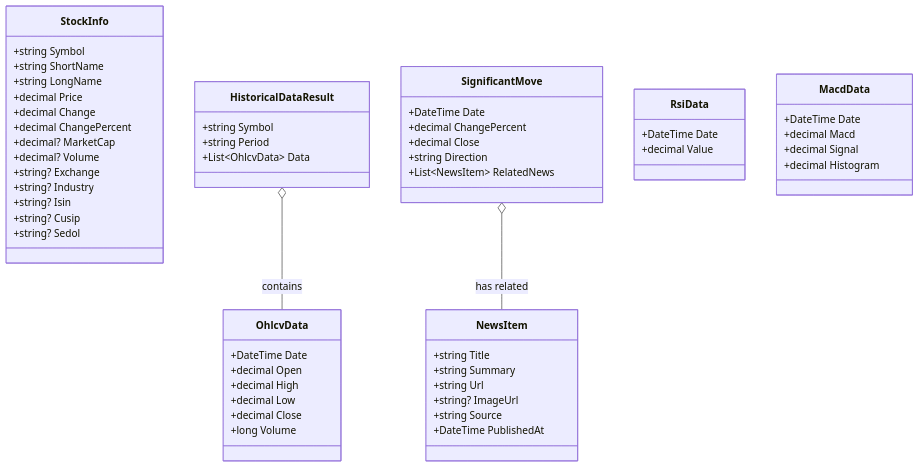
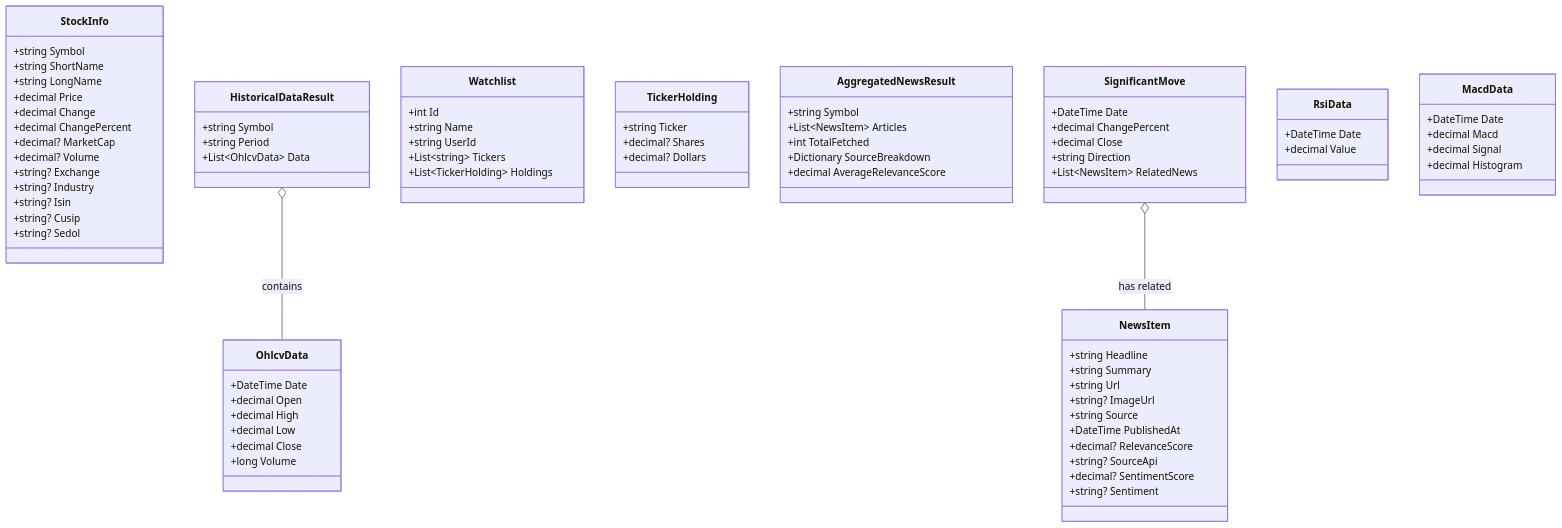
Before and after one commit to psford/claudeProjects: the diagram in stock_analyzer_dotnet/src/StockAnalyzer.Api/wwwroot/docs/diagrams/domain-models.mmd, drawn with Mermaid. The commit also changed 5 other files, not shown here.

First line of the commit message:
Update Mermaid diagrams to reflect current architecture

```diff
--- a/stock_analyzer_dotnet/src/StockAnalyzer.Api/wwwroot/docs/diagrams/domain-models.mmd
+++ b/stock_analyzer_dotnet/src/StockAnalyzer.Api/wwwroot/docs/diagrams/domain-models.mmd
@@ -1,64 +1,90 @@
 %% MANUAL - Update when models change
 classDiagram
     class StockInfo {
         +string Symbol
         +string ShortName
         +string LongName
         +decimal Price
         +decimal Change
         +decimal ChangePercent
         +decimal? MarketCap
         +decimal? Volume
         +string? Exchange
         +string? Industry
         +string? Isin
         +string? Cusip
         +string? Sedol
     }
 
     class OhlcvData {
         +DateTime Date
         +decimal Open
         +decimal High
         +decimal Low
         +decimal Close
         +long Volume
     }
 
     class HistoricalDataResult {
         +string Symbol
         +string Period
         +List~OhlcvData~ Data
     }
 
     class NewsItem {
-        +string Title
+        +string Headline
         +string Summary
         +string Url
         +string? ImageUrl
         +string Source
         +DateTime PublishedAt
+        +decimal? RelevanceScore
+        +string? SourceApi
+        +decimal? SentimentScore
+        +string? Sentiment
+    }
+
+    class Watchlist {
+        +int Id
+        +string Name
+        +string UserId
+        +List~string~ Tickers
+        +List~TickerHolding~ Holdings
+    }
+
+    class TickerHolding {
+        +string Ticker
+        +decimal? Shares
+        +decimal? Dollars
+    }
+
+    class AggregatedNewsResult {
+        +string Symbol
+        +List~NewsItem~ Articles
+        +int TotalFetched
+        +Dictionary SourceBreakdown
+        +decimal AverageRelevanceScore
     }
 
     class SignificantMove {
         +DateTime Date
         +decimal ChangePercent
         +decimal Close
         +string Direction
         +List~NewsItem~ RelatedNews
     }
 
     class RsiData {
         +DateTime Date
         +decimal Value
     }
 
     class MacdData {
         +DateTime Date
         +decimal Macd
         +decimal Signal
         +decimal Histogram
     }
 
     HistoricalDataResult o-- OhlcvData : contains
     SignificantMove o-- NewsItem : has related
```
